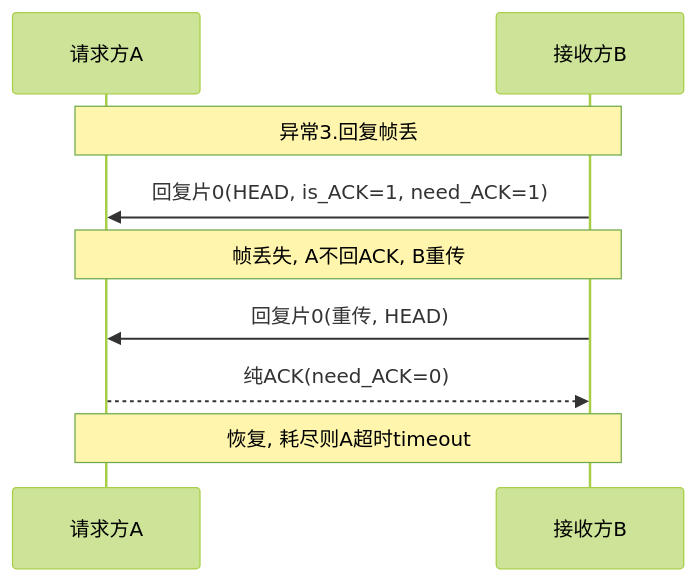
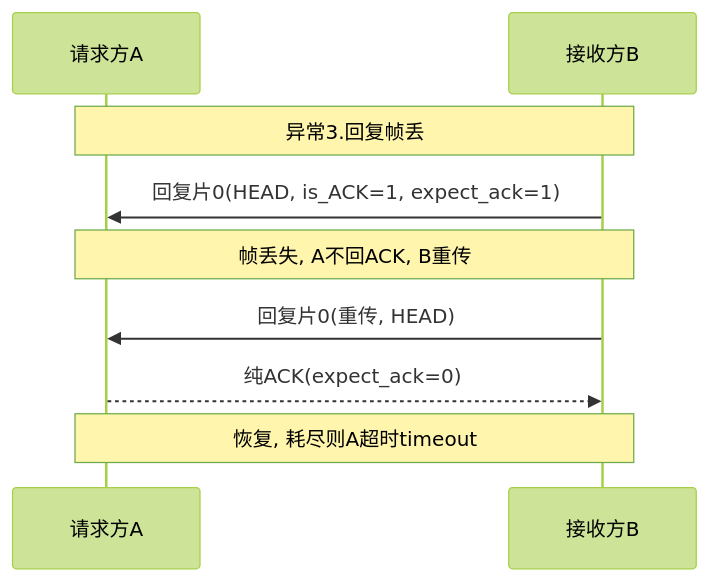
The tenth of 14 diagrams in 工作/项目/代码/260401S3分拣面板-SIA-R9000P.md (Siaiai/ObsidianNote), drawn with Mermaid (forest theme) before and after one commit. The commit also changed other lines of this file and 1 other file, not shown here.

````diff
--- a/工作/项目/代码/260401S3分拣面板-SIA-R9000P.md
+++ b/工作/项目/代码/260401S3分拣面板-SIA-R9000P.md
@@ -204,11 +219,11 @@
 ```mermaid
 sequenceDiagram
     participant A as 请求方A
     participant B as 接收方B
     Note over A,B: 异常3.回复帧丢
-    B->>A: 回复片0(HEAD, is_ACK=1, need_ACK=1)
+    B->>A: 回复片0(HEAD, is_ACK=1, expect_ack=1)
     Note over A,B: 帧丢失, A不回ACK, B重传
     B->>A: 回复片0(重传, HEAD)
-    A-->>B: 纯ACK(need_ACK=0)
+    A-->>B: 纯ACK(expect_ack=0)
     Note over A,B: 恢复, 耗尽则A超时timeout
 ```
````
